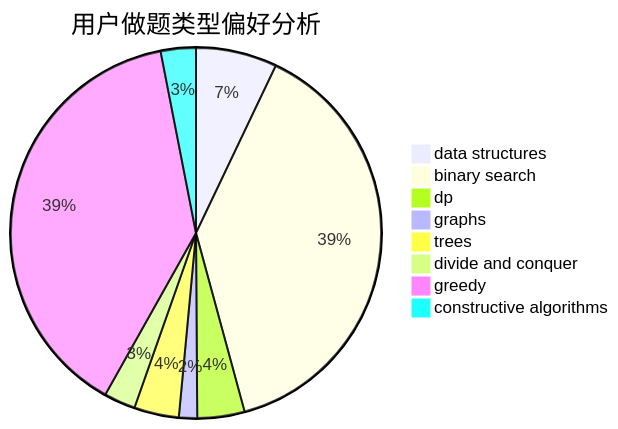
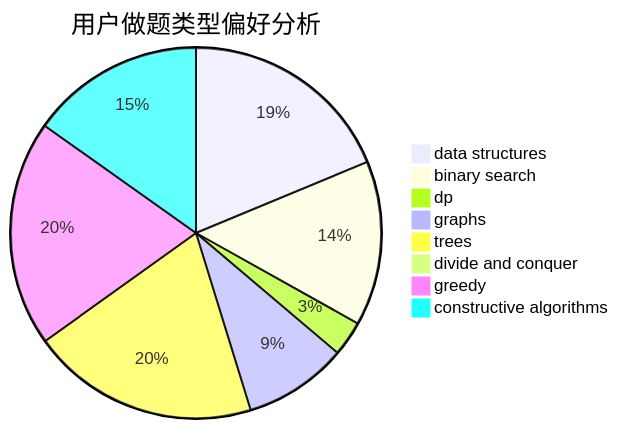
One commit to sherpahu/cfrs.github.io changed the second of 3 diagrams in docs/user/u2297.md. Above: the diagram before and after it, drawn with Mermaid. The commit also changed other lines of this file and 2770 other files, not shown here.

````diff
--- a/docs/user/u2297.md
+++ b/docs/user/u2297.md
@@ -23,11 +23,11 @@
 ```mermaid
 pie title 用户做题类型偏好分析
-    "data structures" :  67
-    "binary search" :  366
-    "dp" :  39
-    "graphs" :  15
-    "trees" :  37
-    "divide and conquer" :  26
-    "greedy" :  367
-    "constructive algorithms" :  29
+    "data structures" :  116
+    "binary search" :  89
+    "dp" :  19
+    "graphs" :  56
+    "trees" :  123
+    "divide and conquer" :  0
+    "greedy" :  122
+    "constructive algorithms" :  94
 ```
````
